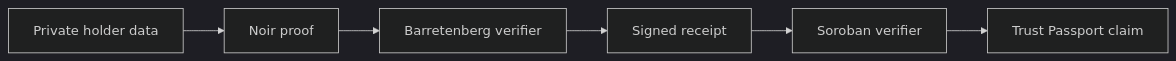
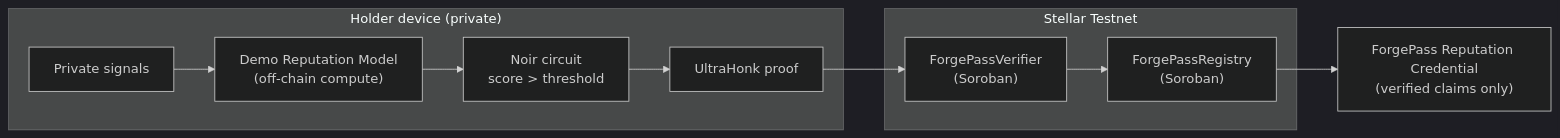
Before and after one commit to Agozie180/ForgePass: the diagram in README.md, drawn with Mermaid (dark theme). The commit also changed other lines of this file and 36 other files, not shown here.

First line of the commit message:
Complete ForgePass ZK reputation upgrade + add live screenshots (#1)

````diff
--- a/README.md
+++ b/README.md
@@ -51,8 +51,13 @@
 ```mermaid
 flowchart LR
-  A["Private holder data"] --> B["Noir proof"]
-  B --> C["Barretenberg verifier"]
-  C --> D["Signed receipt"]
-  D --> E["Soroban verifier"]
-  E --> F["Trust Passport claim"]
+  subgraph Device["Holder device (private)"]
+    D["Private signals"] --> S["Demo Reputation Model<br/>(off-chain compute)"]
+    S --> N["Noir circuit<br/>score &gt; threshold"]
+    N --> P["UltraHonk proof"]
+  end
+  subgraph Stellar["Stellar Testnet"]
+    V["ForgePassVerifier<br/>(Soroban)"] --> R["ForgePassRegistry<br/>(Soroban)"]
+  end
+  P --> V
+  R --> C["ForgePass Reputation Credential<br/>(verified claims only)"]
 ```
````
